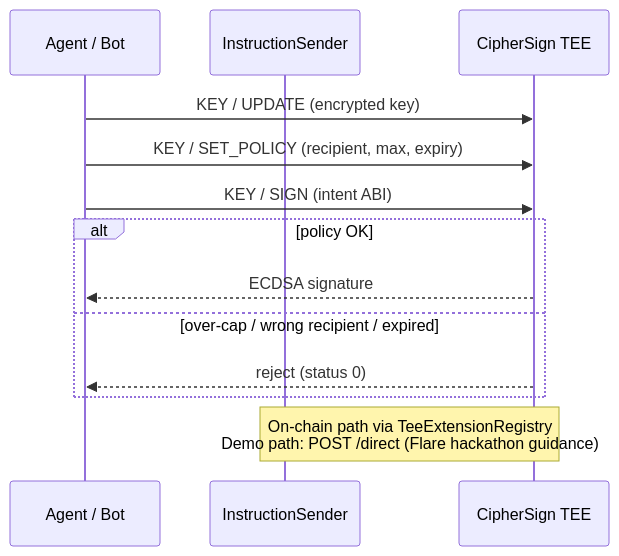
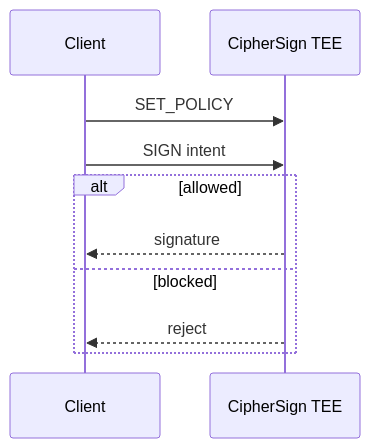
The second of 2 diagrams in README.md (thesithunyein/cipher-sign), drawn with Mermaid before and after one commit. The commit also changed other lines of this file and 3 other files, not shown here.

Commit message:
Simplify CipherSign UI to a minimal product surface

````diff
--- a/README.md
+++ b/README.md
@@ -72,15 +45,12 @@
 ```mermaid
 sequenceDiagram
-  participant Bot as Agent / Bot
-  participant Sender as InstructionSender
-  participant Ext as CipherSign TEE
-  Bot->>Ext: KEY / UPDATE (encrypted key)
-  Bot->>Ext: KEY / SET_POLICY (recipient, max, expiry)
-  Bot->>Ext: KEY / SIGN (intent ABI)
-  alt policy OK
-    Ext-->>Bot: ECDSA signature
-  else over-cap / wrong recipient / expired
-    Ext-->>Bot: reject (status 0)
+  participant C as Client
+  participant T as CipherSign TEE
+  C->>T: SET_POLICY
+  C->>T: SIGN intent
+  alt allowed
+    T-->>C: signature
+  else blocked
+    T-->>C: reject
   end
-  Note over Sender,Ext: On-chain path via TeeExtensionRegistry<br/>Demo path: POST /direct (Flare hackathon guidance)
 ```
````
